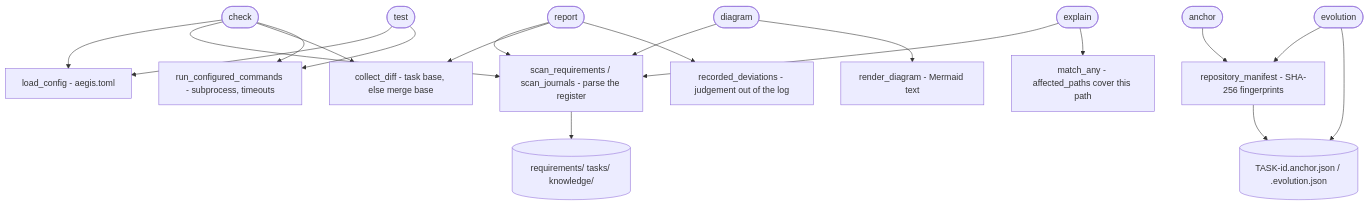
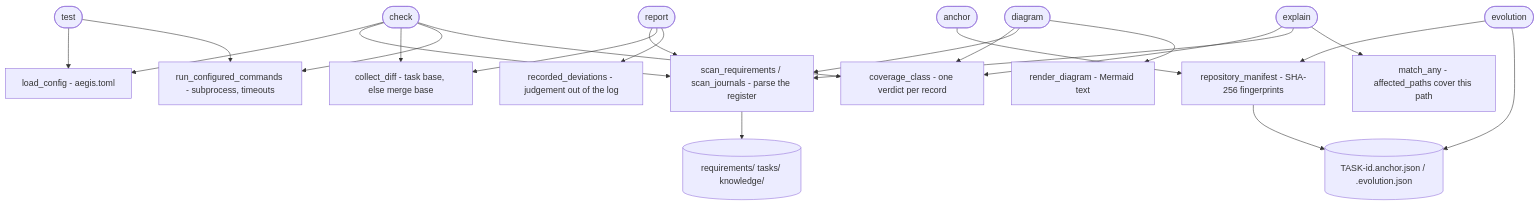
One commit to DDP-Engineering/Agentic_Engineering_Governance_Integrity_System changed the diagram in .agentic/knowledge/validation-and-evidence-cli.md. Above: the diagram before and after it, drawn with Mermaid. The commit also changed other lines of this file and 15 other files, not shown here.

````diff
--- a/.agentic/knowledge/validation-and-evidence-cli.md
+++ b/.agentic/knowledge/validation-and-evidence-cli.md
@@ -51,41 +55,45 @@
 ```mermaid
 flowchart TD
     check(["check"])
     test(["test"])
     report(["report"])
     anchor(["anchor"])
     evolution(["evolution"])
     diagram(["diagram"])
     explain(["explain"])
 
     cfg["load_config - aegis.toml"]
     scan["scan_requirements / scan_journals - parse the register"]
     diffs["collect_diff - task base, else merge base"]
     runner["run_configured_commands - subprocess, timeouts"]
     manifest["repository_manifest - SHA-256 fingerprints"]
     render["render_diagram - Mermaid text"]
     trace["match_any - affected_paths cover this path"]
     devs["recorded_deviations - judgement out of the log"]
+    cover["coverage_class - one verdict per record"]
 
     register[("requirements/ tasks/ knowledge/")]
     evidence[("TASK-id.anchor.json / .evolution.json")]
 
     check --> cfg
     check --> scan
     check --> diffs
     check --> runner
+    check --> cover
+    diagram --> cover
+    explain --> cover
     test --> cfg
     test --> runner
     report --> scan
     report --> diffs
     diagram --> scan
     diagram --> render
     explain --> scan
     explain --> trace
     report --> devs
     anchor --> manifest
     evolution --> manifest
     scan --> register
     manifest --> evidence
     evolution --> evidence
 ```
````
